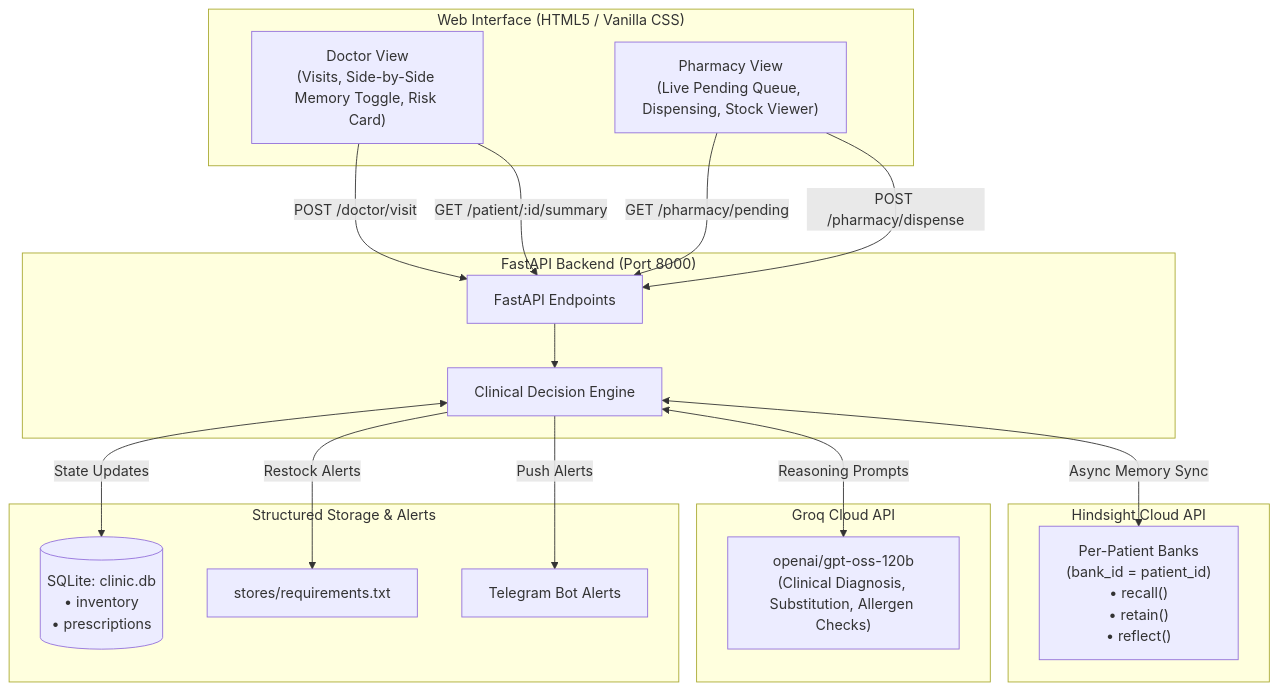
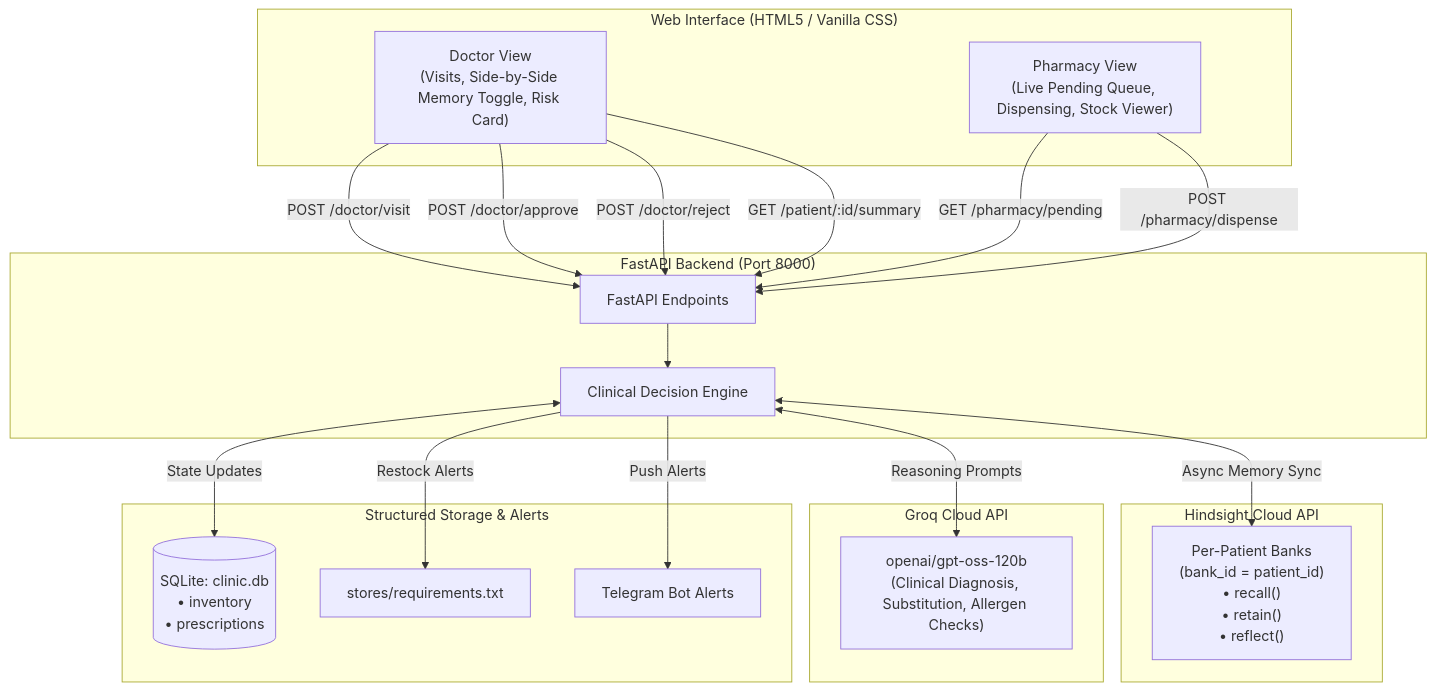
The diagram in README.md (Pranavdeshmukhhh/family-clinic-memory-assistant), drawn with Mermaid before and after one commit. The commit also changed other lines of this file, not shown here.

````diff
--- a/README.md
+++ b/README.md
@@ -29,38 +105,40 @@
 ```mermaid
 graph TD
     subgraph UI["Web Interface (HTML5 / Vanilla CSS)"]
         D["Doctor View<br/>(Visits, Side-by-Side Memory Toggle, Risk Card)"]
         P["Pharmacy View<br/>(Live Pending Queue, Dispensing, Stock Viewer)"]
     end
 
     subgraph Backend["FastAPI Backend (Port 8000)"]
         API["FastAPI Endpoints"]
         Eng["Clinical Decision Engine"]
     end
 
     subgraph Memory["Hindsight Cloud API"]
         H["Per-Patient Banks<br/>(bank_id = patient_id)<br/>• recall()<br/>• retain()<br/>• reflect()"]
     end
 
     subgraph LLM["Groq Cloud API"]
         G["openai/gpt-oss-120b<br/>(Clinical Diagnosis, Substitution, Allergen Checks)"]
     end
 
     subgraph Storage["Structured Storage & Alerts"]
         DB[("SQLite: clinic.db<br/>• inventory<br/>• prescriptions")]
         FS["stores/requirements.txt"]
         TG["Telegram Bot Alerts"]
     end
 
     D -->|POST /doctor/visit| API
+    D -->|POST /doctor/approve| API
+    D -->|POST /doctor/reject| API
     D -->|GET /patient/:id/summary| API
     P -->|GET /pharmacy/pending| API
     P -->|POST /pharmacy/dispense| API
 
     API --> Eng
     Eng <-->|Async Memory Sync| H
     Eng <-->|Reasoning Prompts| G
     Eng <-->|State Updates| DB
     Eng -->|Restock Alerts| FS
     Eng -->|Push Alerts| TG
 ```
````
